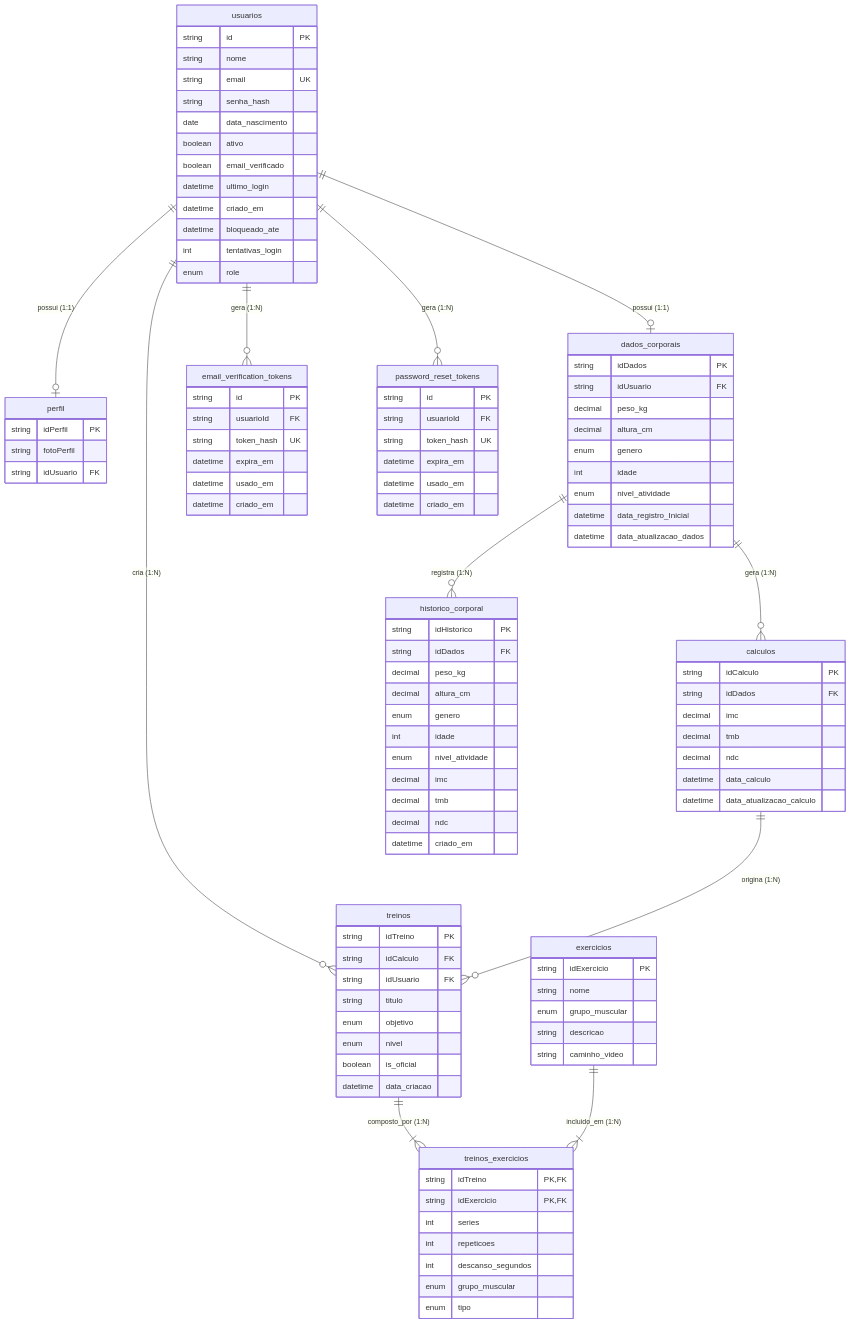
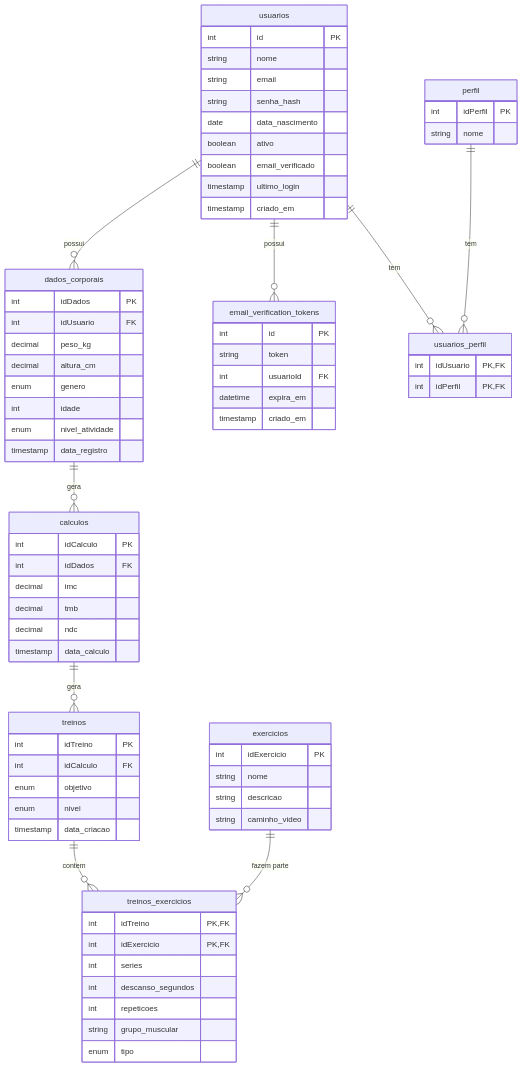
The diagram in DOCS/Documentação/Especificacao_Tecnica.md (Ramom16/SistemaComputacionalDeAnaliseCorporea), drawn with Mermaid before and after one commit. The commit also changed other lines of this file and 36 other files, not shown here.

````diff
--- a/DOCS/Documentação/Especificacao_Tecnica.md
+++ b/DOCS/Documentação/Especificacao_Tecnica.md
@@ -11,120 +9,86 @@
 ```mermaid
 erDiagram
-    usuarios ||--o| perfil : "possui (1:1)"
-    usuarios ||--o| dados_corporais : "possui (1:1)"
-    usuarios ||--o{ email_verification_tokens : "gera (1:N)"
-    usuarios ||--o{ password_reset_tokens : "gera (1:N)"
-    usuarios ||--o{ treinos : "cria (1:N)"
-
-    dados_corporais ||--o{ calculos : "gera (1:N)"
-    dados_corporais ||--o{ historico_corporal : "registra (1:N)"
-
-    calculos ||--o{ treinos : "origina (1:N)"
-
-    treinos ||--|{ treinos_exercicios : "composto_por (1:N)"
-    exercicios ||--|{ treinos_exercicios : "incluido_em (1:N)"
+    usuarios ||--o{ dados_corporais : "possui"
+    usuarios ||--o{ email_verification_tokens : "possui"
+    usuarios ||--o{ usuarios_perfil : "tem"
+    perfil ||--o{ usuarios_perfil : "tem"
+    dados_corporais ||--o{ calculos : "gera"
+    calculos ||--o{ treinos : "gera"
+    treinos ||--o{ treinos_exercicios : "contem"
+    exercicios ||--o{ treinos_exercicios : "fazem parte"
 
     usuarios {
-        string id PK
+        int id PK
         string nome
-        string email UK
+        string email
         string senha_hash
         date data_nascimento
         boolean ativo
         boolean email_verificado
-        datetime ultimo_login
-        datetime criado_em
-        datetime bloqueado_ate
-        int tentativas_login
-        enum role
-    }
-
-    perfil {
-        string idPerfil PK
-        string fotoPerfil
-        string idUsuario FK
+        timestamp ultimo_login
+        timestamp criado_em
     }
 
     dados_corporais {
-        string idDados PK
-        string idUsuario FK
+        int idDados PK
+        int idUsuario FK
         decimal peso_kg
         decimal altura_cm
         enum genero
         int idade
         enum nivel_atividade
-        datetime data_registro_Inicial
-        datetime data_atualizacao_dados
+        timestamp data_registro
     }
 
     calculos {
-        string idCalculo PK
-        string idDados FK
+        int idCalculo PK
+        int idDados FK
         decimal imc
         decimal tmb
         decimal ndc
-        datetime data_calculo
-        datetime data_atualizacao_calculo
+        timestamp data_calculo
     }
-
-    historico_corporal {
-        string idHistorico PK
-        string idDados FK
-        decimal peso_kg
-        decimal altura_cm
-        enum genero
-        int idade
-        enum nivel_atividade
-        decimal imc
-        decimal tmb
-        decimal ndc
-        datetime criado_em
-    }
-
-    treinos {
-        string idTreino PK
-        string idCalculo FK
-        string idUsuario FK
-        string titulo
-        enum objetivo
-        enum nivel
-        boolean is_oficial
-        datetime data_criacao
+    
+    email_verification_tokens {
+        int id PK
+        string token
+        int usuarioId FK
+        datetime expira_em
+        timestamp criado_em
     }
 
     exercicios {
-        string idExercicio PK
+        int idExercicio PK
         string nome
-        enum grupo_muscular
         string descricao
         string caminho_video
     }
 
+    perfil {
+        int idPerfil PK
+        string nome
+    }
+
+    treinos {
+        int idTreino PK
+        int idCalculo FK
+        enum objetivo
+        enum nivel
+        timestamp data_criacao
+    }
+
     treinos_exercicios {
-        string idTreino PK,FK
-        string idExercicio PK,FK
+        int idTreino PK,FK
+        int idExercicio PK,FK
         int series
+        int descanso_segundos
         int repeticoes
-        int descanso_segundos
-        enum grupo_muscular
+        string grupo_muscular
         enum tipo
     }
 
-    email_verification_tokens {
-        string id PK
-        string usuarioId FK
-        string token_hash UK
-        datetime expira_em
-        datetime usado_em
-        datetime criado_em
-    }
-
-    password_reset_tokens {
-        string id PK
-        string usuarioId FK
-        string token_hash UK
-        datetime expira_em
-        datetime usado_em
-        datetime criado_em
+    usuarios_perfil {
+        int idUsuario PK,FK
+        int idPerfil PK,FK
     }
 ```
````
